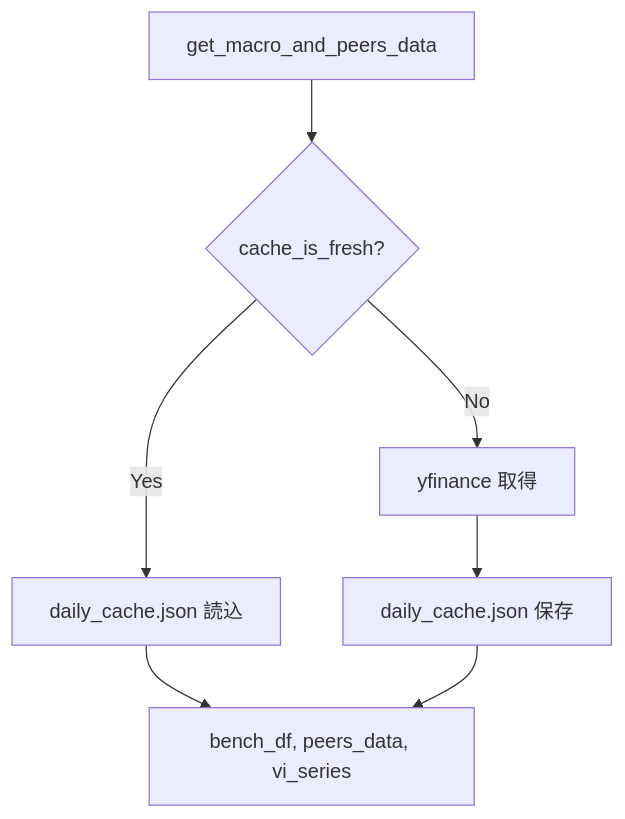
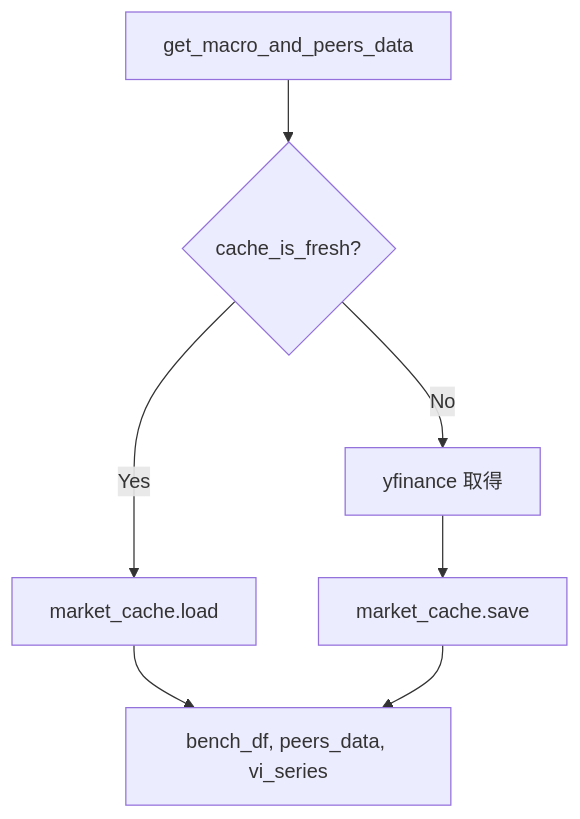
The fifth of 6 diagrams in docs/ARCHITECTURE.md (kosei-doi/stock_v7), drawn with Mermaid before and after one commit. The commit also changed other lines of this file and 7 other files, not shown here.

First line of the commit message:
docs: DB-7 sqlite API tests and architecture persistence docs.

````diff
--- a/docs/ARCHITECTURE.md
+++ b/docs/ARCHITECTURE.md
@@ -151,9 +148,9 @@
 ```mermaid
 flowchart TD
   IN[get_macro_and_peers_data] --> CHK{cache_is_fresh?}
-  CHK -->|Yes| LOAD[daily_cache.json 読込]
+  CHK -->|Yes| LOAD[market_cache.load]
   CHK -->|No| FETCH[yfinance 取得]
-  FETCH --> SAVE[daily_cache.json 保存]
+  FETCH --> SAVE[market_cache.save]
   LOAD --> OUT[bench_df, peers_data, vi_series]
   SAVE --> OUT
 ```
````
